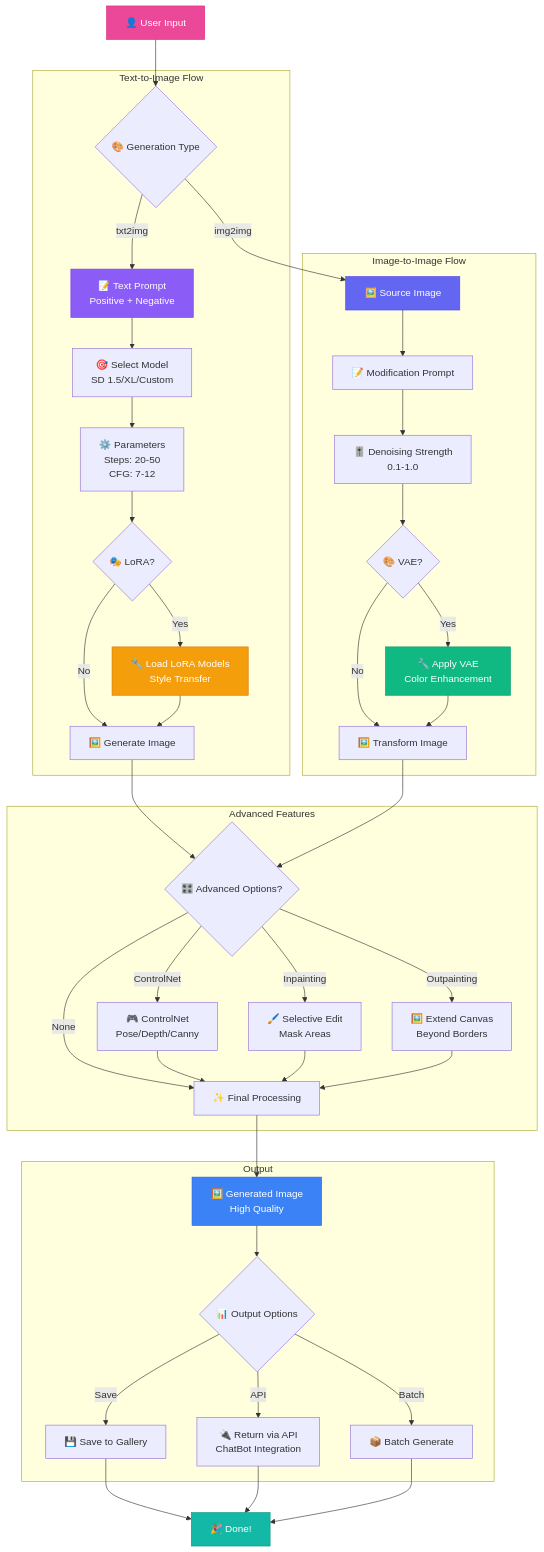
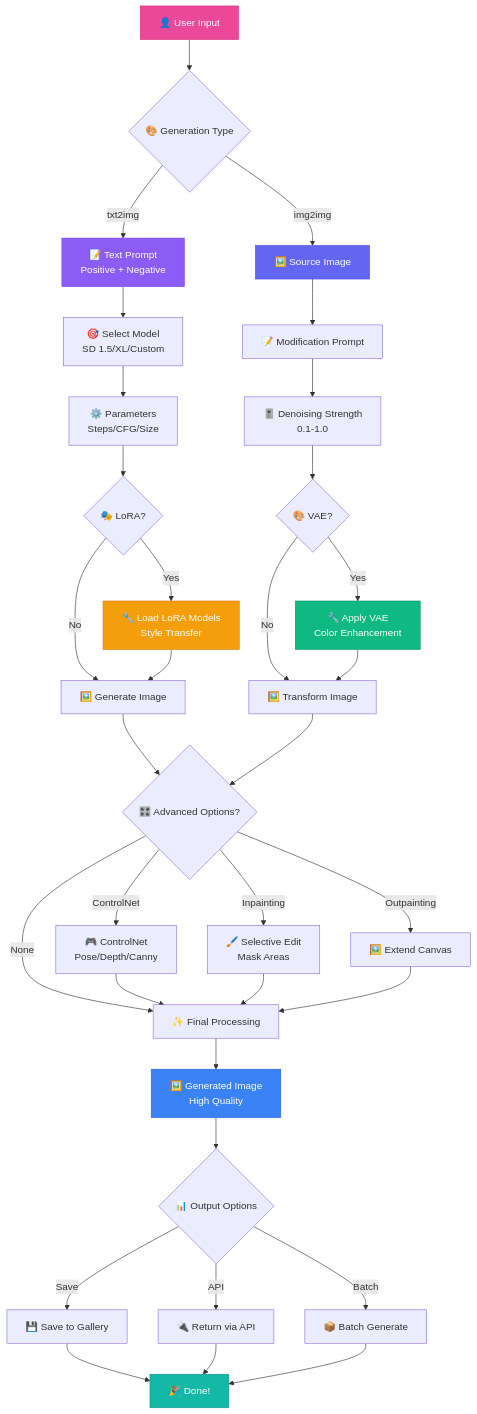
One commit to SkastVnT/AI-Assistant changed the ninth of 16 diagrams in README.md. Above: the diagram before and after it, drawn with Mermaid. The commit also changed other lines of this file, not shown here.

Commit message:
fix(docs): simplify Speech2Text and Stable Diffusion Mermaid diagrams - remove nested subgraphs

````diff
--- a/README.md
+++ b/README.md
@@ -609,56 +599,48 @@
 ```mermaid
 graph TB
     A[👤 User Input] --> B{🎨 Generation Type}
     
-    subgraph Text-to-Image Flow
     B -->|txt2img| C1[📝 Text Prompt<br/>Positive + Negative]
     C1 --> D1[🎯 Select Model<br/>SD 1.5/XL/Custom]
-    D1 --> E1[⚙️ Parameters<br/>Steps: 20-50<br/>CFG: 7-12]
+    D1 --> E1[⚙️ Parameters<br/>Steps/CFG/Size]
     E1 --> F1{🎭 LoRA?}
     F1 -->|Yes| G1[🔧 Load LoRA Models<br/>Style Transfer]
     F1 -->|No| H1[🖼️ Generate Image]
     G1 --> H1
-    end
     
-    subgraph Image-to-Image Flow
     B -->|img2img| C2[🖼️ Source Image]
     C2 --> D2[📝 Modification Prompt]
     D2 --> E2[🎚️ Denoising Strength<br/>0.1-1.0]
     E2 --> F2{🎨 VAE?}
     F2 -->|Yes| G2[🔧 Apply VAE<br/>Color Enhancement]
     F2 -->|No| H2[🖼️ Transform Image]
     G2 --> H2
-    end
     
-    subgraph Advanced Features
     H1 --> I{🎛️ Advanced Options?}
     H2 --> I
     I -->|ControlNet| J1[🎮 ControlNet<br/>Pose/Depth/Canny]
     I -->|Inpainting| J2[🖌️ Selective Edit<br/>Mask Areas]
-    I -->|Outpainting| J3[🖼️ Extend Canvas<br/>Beyond Borders]
+    I -->|Outpainting| J3[🖼️ Extend Canvas]
     I -->|None| K[✨ Final Processing]
     J1 --> K
     J2 --> K
     J3 --> K
-    end
     
-    subgraph Output
     K --> L[🖼️ Generated Image<br/>High Quality]
     L --> M{📊 Output Options}
     M -->|Save| N1[💾 Save to Gallery]
-    M -->|API| N2[🔌 Return via API<br/>ChatBot Integration]
+    M -->|API| N2[🔌 Return via API]
     M -->|Batch| N3[📦 Batch Generate]
-    end
     
     N1 --> O[🎉 Done!]
     N2 --> O
     N3 --> O
     
     style A fill:#EC4899,stroke:#DB2777,color:#fff
     style C1 fill:#8B5CF6,stroke:#7C3AED,color:#fff
     style C2 fill:#6366F1,stroke:#4F46E5,color:#fff
     style G1 fill:#F59E0B,stroke:#D97706,color:#fff
     style G2 fill:#10B981,stroke:#059669,color:#fff
     style L fill:#3B82F6,stroke:#2563EB,color:#fff
     style O fill:#14B8A6,stroke:#0D9488,color:#fff
 ```
````
